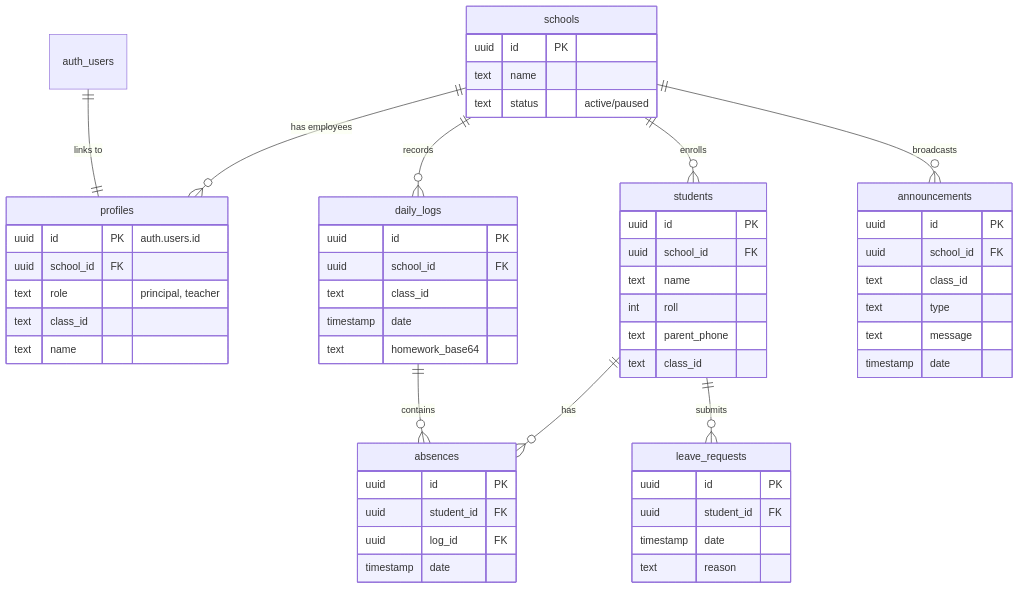
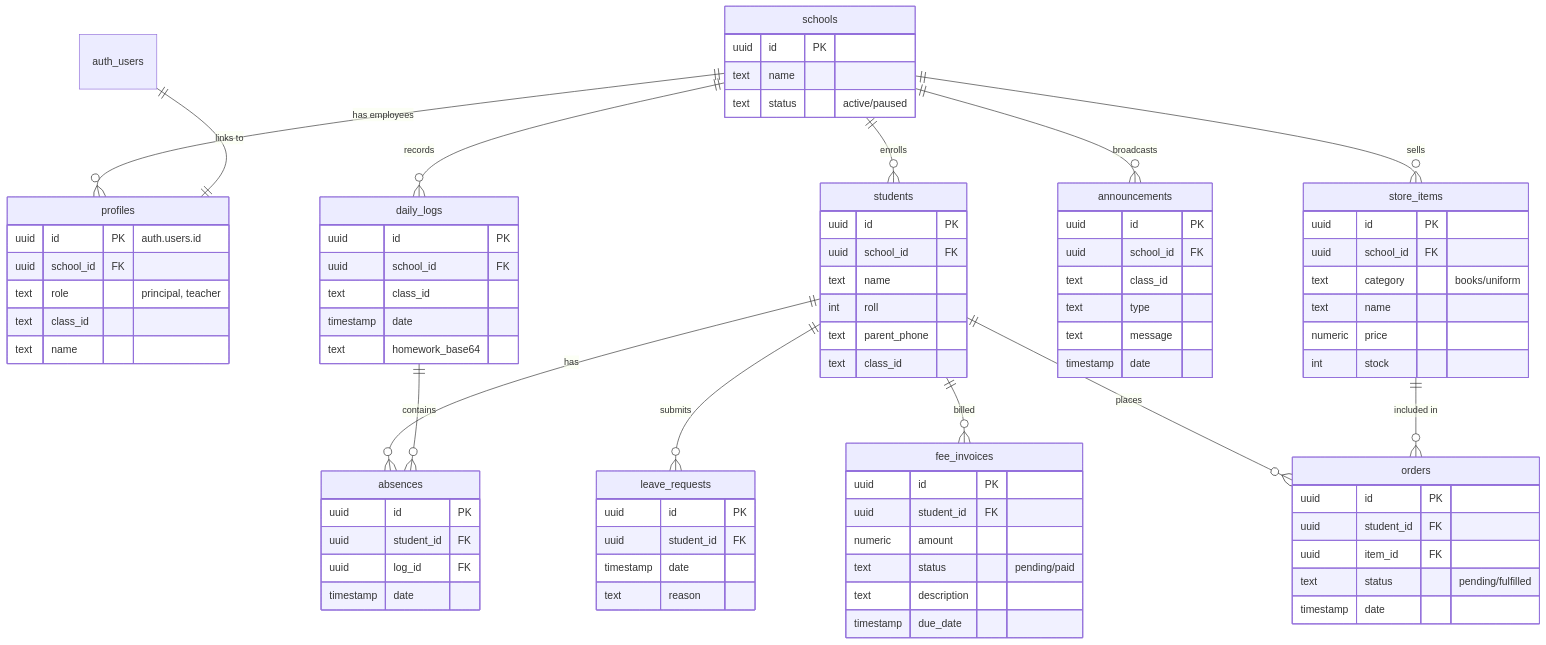
Before and after one commit to RNKbansal23/Digitizer: the diagram in README.md, drawn with Mermaid. The commit also changed other lines of this file, not shown here.

````diff
--- a/README.md
+++ b/README.md
@@ -112,8 +112,38 @@
         text message
         timestamp date
     }
+    
+    fee_invoices {
+        uuid id PK
+        uuid student_id FK
+        numeric amount
+        text status "pending/paid"
+        text description
+        timestamp due_date
+    }
+
+    store_items {
+        uuid id PK
+        uuid school_id FK
+        text category "books/uniform"
+        text name
+        numeric price
+        int stock
+    }
+
+    orders {
+        uuid id PK
+        uuid student_id FK
+        uuid item_id FK
+        text status "pending/fulfilled"
+        timestamp date
+    }
 
     students ||--o{ absences : "has"
     daily_logs ||--o{ absences : "contains"
     students ||--o{ leave_requests : "submits"
+    students ||--o{ fee_invoices : "billed"
+    schools ||--o{ store_items : "sells"
+    students ||--o{ orders : "places"
+    store_items ||--o{ orders : "included in"
 ```
````
